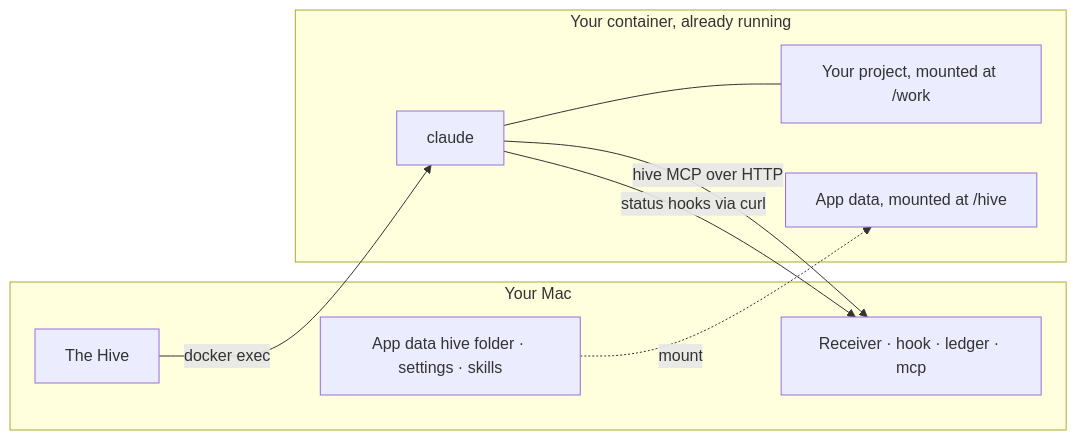
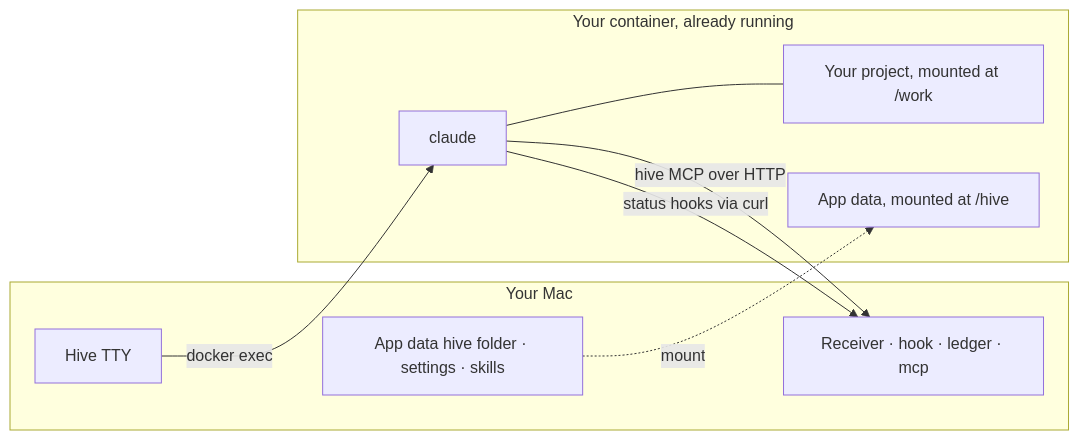
One commit to behiques/hivetty changed the diagram in docs/assets/diagrams/containers.mmd. Above: the diagram before and after it, drawn with Mermaid. The commit also changed 45 other files, not shown here.

```diff
--- a/docs/assets/diagrams/containers.mmd
+++ b/docs/assets/diagrams/containers.mmd
@@ -1,16 +1,16 @@
 flowchart LR
   subgraph host [Your Mac]
-    hive[The Hive]
+    hive[Hive TTY]
     rcv[Receiver · hook · ledger · mcp]
     gen[App data hive folder · settings · skills]
   end
   subgraph box [Your container, already running]
     cl[claude]
     ws[Your project, mounted at /work]
     hd[App data, mounted at /hive]
   end
   hive -->|docker exec| cl
   gen -.->|mount| hd
   cl -->|status hooks via curl| rcv
   cl -->|hive MCP over HTTP| rcv
   cl --- ws
```
